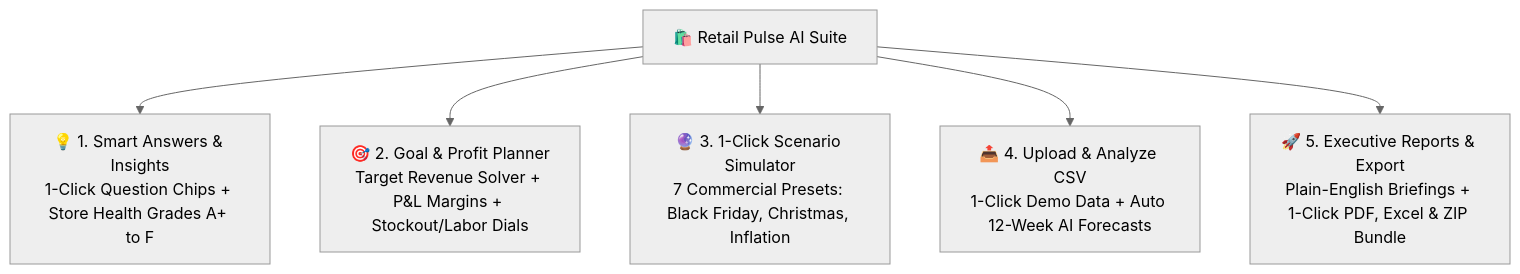
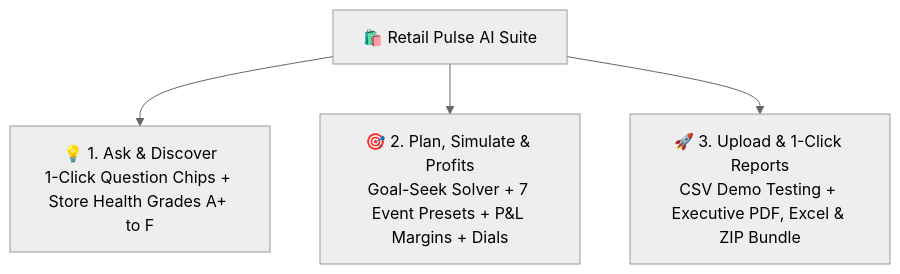
Before and after one commit to mujahith9025/Retail-Sales-Forecasting: the diagram in README.md, drawn with Mermaid (neutral theme). The commit also changed 1 other file, not shown here.

Commit message:
feat: Consolidate Simple Mode into 3 Action Centers with Top AI Action Center

````diff
--- a/README.md
+++ b/README.md
@@ -18,8 +18,6 @@
 ```mermaid
 graph TD
-    A[🛍️ Retail Pulse AI Suite] --> B[💡 1. Smart Answers & Insights<br/>1-Click Question Chips + Store Health Grades A+ to F]
-    A --> C[🎯 2. Goal & Profit Planner<br/>Target Revenue Solver + P&L Margins + Stockout/Labor Dials]
-    A --> D[🔮 3. 1-Click Scenario Simulator<br/>7 Commercial Presets: Black Friday, Christmas, Inflation]
-    A --> E[📤 4. Upload & Analyze CSV<br/>1-Click Demo Data + Auto 12-Week AI Forecasts]
-    A --> F[🚀 5. Executive Reports & Export<br/>Plain-English Briefings + 1-Click PDF, Excel & ZIP Bundle]
+    A[🛍️ Retail Pulse AI Suite] --> B[💡 1. Ask & Discover<br/>1-Click Question Chips + Store Health Grades A+ to F]
+    A --> C[🎯 2. Plan, Simulate & Profits<br/>Goal-Seek Solver + 7 Event Presets + P&L Margins + Dials]
+    A --> D[🚀 3. Upload & 1-Click Reports<br/>CSV Demo Testing + Executive PDF, Excel & ZIP Bundle]
 ```
````
